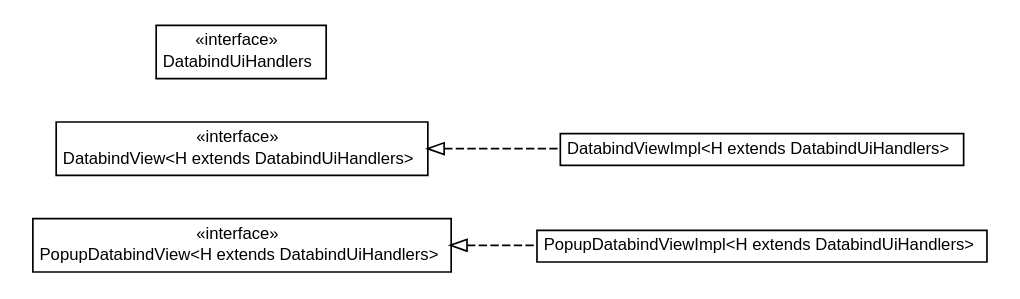
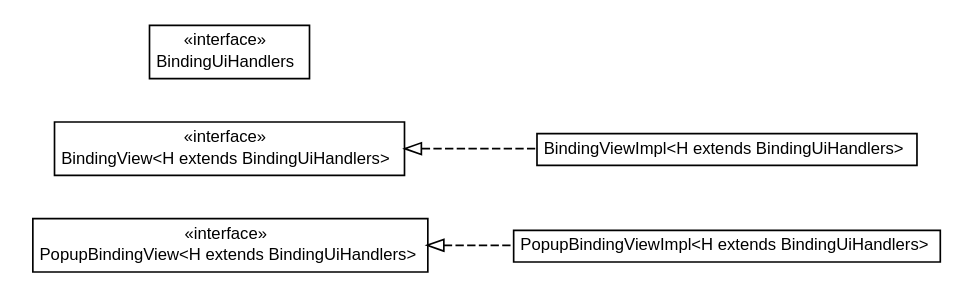
Before and after one commit to growbit/turbogwt-gwtp: the diagram in javadoc/apidocs/org/turbogwt/ext/gwtp/databind/client/org.turbogwt.ext.gwtp.databind.client.dot, drawn with Graphviz. The commit also changed 40 other files, not shown here.

```diff
--- a/javadoc/apidocs/org/turbogwt/ext/gwtp/databind/client/org.turbogwt.ext.gwtp.databind.client.dot
+++ b/javadoc/apidocs/org/turbogwt/ext/gwtp/databind/client/org.turbogwt.ext.gwtp.databind.client.dot
@@ -1,50 +1,50 @@
 #!/usr/local/bin/dot
 #
 # Class diagram 
 # Generated by UMLGraph version R5_6-24-gf6e263 (http://www.umlgraph.org/)
 #
 
 digraph G {
 	edge [fontname="arial",fontsize=10,labelfontname="arial",labelfontsize=10];
 	node [fontname="arial",fontsize=10,shape=plaintext];
 	nodesep=0.25;
 	ranksep=0.5;
 	rankdir=LR;
-	// org.turbogwt.ext.gwtp.databind.client.PopupDatabindViewImpl<H extends org.turbogwt.ext.gwtp.databind.client.DatabindUiHandlers>
-	c0 [label=<<table title="org.turbogwt.ext.gwtp.databind.client.PopupDatabindViewImpl" border="0" cellborder="1" cellspacing="0" cellpadding="2" port="p" href="./PopupDatabindViewImpl.html">
+	// org.turbogwt.ext.gwtp.databind.client.PopupBindingViewImpl<H extends org.turbogwt.ext.gwtp.databind.client.BindingUiHandlers>
+	c0 [label=<<table title="org.turbogwt.ext.gwtp.databind.client.PopupBindingViewImpl" border="0" cellborder="1" cellspacing="0" cellpadding="2" port="p" href="./PopupBindingViewImpl.html">
 		<tr><td><table border="0" cellspacing="0" cellpadding="1">
-<tr><td align="center" balign="center"> PopupDatabindViewImpl&lt;H extends DatabindUiHandlers&gt; </td></tr>
+<tr><td align="center" balign="center"> PopupBindingViewImpl&lt;H extends BindingUiHandlers&gt; </td></tr>
 		</table></td></tr>
-		</table>>, URL="./PopupDatabindViewImpl.html", fontname="arial", fontcolor="black", fontsize=10.0];
-	// org.turbogwt.ext.gwtp.databind.client.PopupDatabindView<H extends org.turbogwt.ext.gwtp.databind.client.DatabindUiHandlers>
-	c1 [label=<<table title="org.turbogwt.ext.gwtp.databind.client.PopupDatabindView" border="0" cellborder="1" cellspacing="0" cellpadding="2" port="p" href="./PopupDatabindView.html">
+		</table>>, URL="./PopupBindingViewImpl.html", fontname="arial", fontcolor="black", fontsize=10.0];
+	// org.turbogwt.ext.gwtp.databind.client.PopupBindingView<H extends org.turbogwt.ext.gwtp.databind.client.BindingUiHandlers>
+	c1 [label=<<table title="org.turbogwt.ext.gwtp.databind.client.PopupBindingView" border="0" cellborder="1" cellspacing="0" cellpadding="2" port="p" href="./PopupBindingView.html">
 		<tr><td><table border="0" cellspacing="0" cellpadding="1">
 <tr><td align="center" balign="center"> &#171;interface&#187; </td></tr>
-<tr><td align="center" balign="center"> PopupDatabindView&lt;H extends DatabindUiHandlers&gt; </td></tr>
+<tr><td align="center" balign="center"> PopupBindingView&lt;H extends BindingUiHandlers&gt; </td></tr>
 		</table></td></tr>
-		</table>>, URL="./PopupDatabindView.html", fontname="arial", fontcolor="black", fontsize=10.0];
-	// org.turbogwt.ext.gwtp.databind.client.DatabindViewImpl<H extends org.turbogwt.ext.gwtp.databind.client.DatabindUiHandlers>
-	c2 [label=<<table title="org.turbogwt.ext.gwtp.databind.client.DatabindViewImpl" border="0" cellborder="1" cellspacing="0" cellpadding="2" port="p" href="./DatabindViewImpl.html">
+		</table>>, URL="./PopupBindingView.html", fontname="arial", fontcolor="black", fontsize=10.0];
+	// org.turbogwt.ext.gwtp.databind.client.BindingViewImpl<H extends org.turbogwt.ext.gwtp.databind.client.BindingUiHandlers>
+	c2 [label=<<table title="org.turbogwt.ext.gwtp.databind.client.BindingViewImpl" border="0" cellborder="1" cellspacing="0" cellpadding="2" port="p" href="./BindingViewImpl.html">
 		<tr><td><table border="0" cellspacing="0" cellpadding="1">
-<tr><td align="center" balign="center"> DatabindViewImpl&lt;H extends DatabindUiHandlers&gt; </td></tr>
+<tr><td align="center" balign="center"> BindingViewImpl&lt;H extends BindingUiHandlers&gt; </td></tr>
 		</table></td></tr>
-		</table>>, URL="./DatabindViewImpl.html", fontname="arial", fontcolor="black", fontsize=10.0];
-	// org.turbogwt.ext.gwtp.databind.client.DatabindView<H extends org.turbogwt.ext.gwtp.databind.client.DatabindUiHandlers>
-	c3 [label=<<table title="org.turbogwt.ext.gwtp.databind.client.DatabindView" border="0" cellborder="1" cellspacing="0" cellpadding="2" port="p" href="./DatabindView.html">
+		</table>>, URL="./BindingViewImpl.html", fontname="arial", fontcolor="black", fontsize=10.0];
+	// org.turbogwt.ext.gwtp.databind.client.BindingView<H extends org.turbogwt.ext.gwtp.databind.client.BindingUiHandlers>
+	c3 [label=<<table title="org.turbogwt.ext.gwtp.databind.client.BindingView" border="0" cellborder="1" cellspacing="0" cellpadding="2" port="p" href="./BindingView.html">
 		<tr><td><table border="0" cellspacing="0" cellpadding="1">
 <tr><td align="center" balign="center"> &#171;interface&#187; </td></tr>
-<tr><td align="center" balign="center"> DatabindView&lt;H extends DatabindUiHandlers&gt; </td></tr>
+<tr><td align="center" balign="center"> BindingView&lt;H extends BindingUiHandlers&gt; </td></tr>
 		</table></td></tr>
-		</table>>, URL="./DatabindView.html", fontname="arial", fontcolor="black", fontsize=10.0];
-	// org.turbogwt.ext.gwtp.databind.client.DatabindUiHandlers
-	c4 [label=<<table title="org.turbogwt.ext.gwtp.databind.client.DatabindUiHandlers" border="0" cellborder="1" cellspacing="0" cellpadding="2" port="p" href="./DatabindUiHandlers.html">
+		</table>>, URL="./BindingView.html", fontname="arial", fontcolor="black", fontsize=10.0];
+	// org.turbogwt.ext.gwtp.databind.client.BindingUiHandlers
+	c4 [label=<<table title="org.turbogwt.ext.gwtp.databind.client.BindingUiHandlers" border="0" cellborder="1" cellspacing="0" cellpadding="2" port="p" href="./BindingUiHandlers.html">
 		<tr><td><table border="0" cellspacing="0" cellpadding="1">
 <tr><td align="center" balign="center"> &#171;interface&#187; </td></tr>
-<tr><td align="center" balign="center"> DatabindUiHandlers </td></tr>
+<tr><td align="center" balign="center"> BindingUiHandlers </td></tr>
 		</table></td></tr>
-		</table>>, URL="./DatabindUiHandlers.html", fontname="arial", fontcolor="black", fontsize=10.0];
-	//org.turbogwt.ext.gwtp.databind.client.PopupDatabindViewImpl<H extends org.turbogwt.ext.gwtp.databind.client.DatabindUiHandlers> implements org.turbogwt.ext.gwtp.databind.client.PopupDatabindView<H extends org.turbogwt.ext.gwtp.databind.client.DatabindUiHandlers>
+		</table>>, URL="./BindingUiHandlers.html", fontname="arial", fontcolor="black", fontsize=10.0];
+	//org.turbogwt.ext.gwtp.databind.client.PopupBindingViewImpl<H extends org.turbogwt.ext.gwtp.databind.client.BindingUiHandlers> implements org.turbogwt.ext.gwtp.databind.client.PopupBindingView<H extends org.turbogwt.ext.gwtp.databind.client.BindingUiHandlers>
 	c1:p -> c0:p [dir=back,arrowtail=empty,style=dashed];
-	//org.turbogwt.ext.gwtp.databind.client.DatabindViewImpl<H extends org.turbogwt.ext.gwtp.databind.client.DatabindUiHandlers> implements org.turbogwt.ext.gwtp.databind.client.DatabindView<H extends org.turbogwt.ext.gwtp.databind.client.DatabindUiHandlers>
+	//org.turbogwt.ext.gwtp.databind.client.BindingViewImpl<H extends org.turbogwt.ext.gwtp.databind.client.BindingUiHandlers> implements org.turbogwt.ext.gwtp.databind.client.BindingView<H extends org.turbogwt.ext.gwtp.databind.client.BindingUiHandlers>
 	c3:p -> c2:p [dir=back,arrowtail=empty,style=dashed];
 }
```
